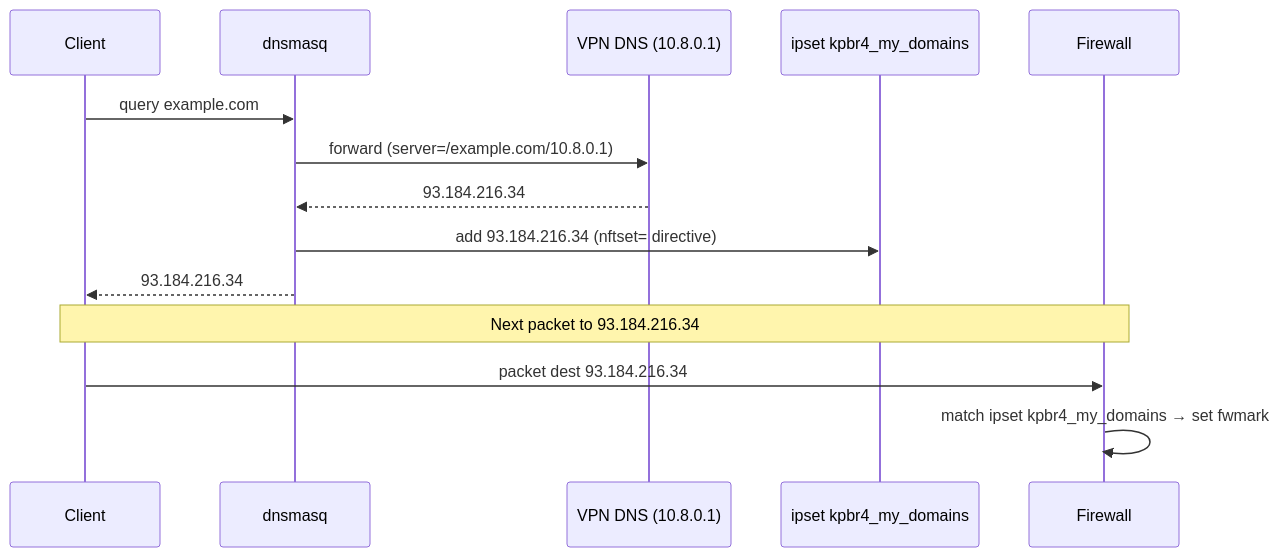
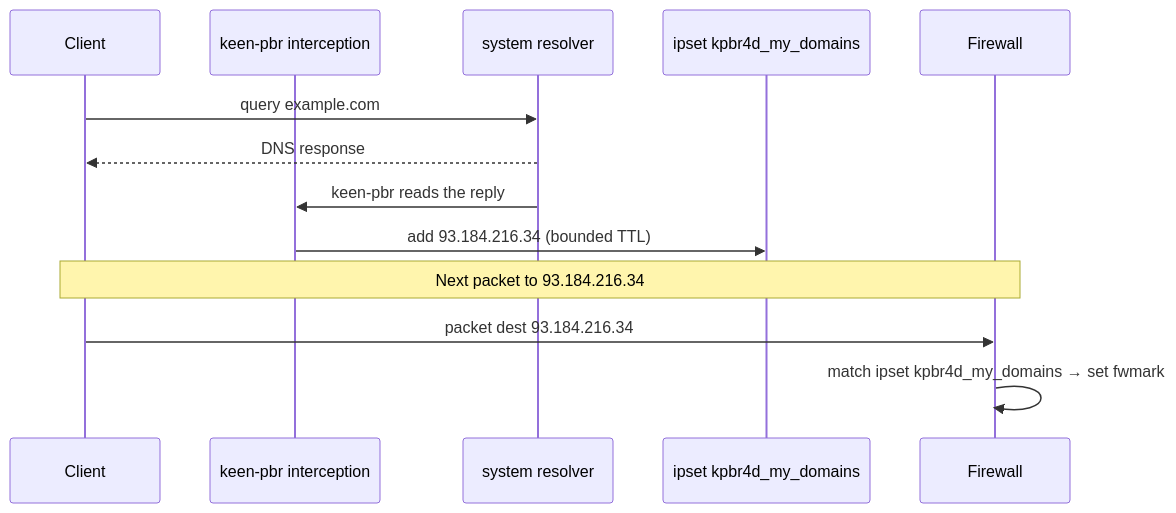
The third of 3 diagrams in docs/concepts.md (maksimkurb/keen-pbr), drawn with Mermaid before and after one commit. The commit also changed other lines of this file and 115 other files, not shown here.

````diff
--- a/docs/concepts.md
+++ b/docs/concepts.md
@@ -140,18 +148,17 @@
 ```mermaid
 sequenceDiagram
     participant Client
-    participant dnsmasq
-    participant VPN_DNS as VPN DNS (10.8.0.1)
-    participant Ipset as ipset kpbr4_my_domains
+    participant Interceptor as keen-pbr interception
+    participant Resolver as system resolver
+    participant Ipset as ipset kpbr4d_my_domains
     participant Firewall
 
-    Client->>dnsmasq: query example.com
-    dnsmasq->>VPN_DNS: forward (server=/example.com/10.8.0.1)
-    VPN_DNS-->>dnsmasq: 93.184.216.34
-    dnsmasq->>Ipset: add 93.184.216.34 (nftset= directive)
-    dnsmasq-->>Client: 93.184.216.34
+    Client->>Resolver: query example.com
+    Resolver-->>Client: DNS response
+    Resolver->>Interceptor: keen-pbr reads the reply
+    Interceptor->>Ipset: add 93.184.216.34 (bounded TTL)
 
     Note over Client,Firewall: Next packet to 93.184.216.34
     Client->>Firewall: packet dest 93.184.216.34
-    Firewall->>Firewall: match ipset kpbr4_my_domains → set fwmark
+    Firewall->>Firewall: match ipset kpbr4d_my_domains → set fwmark
 ```
````
